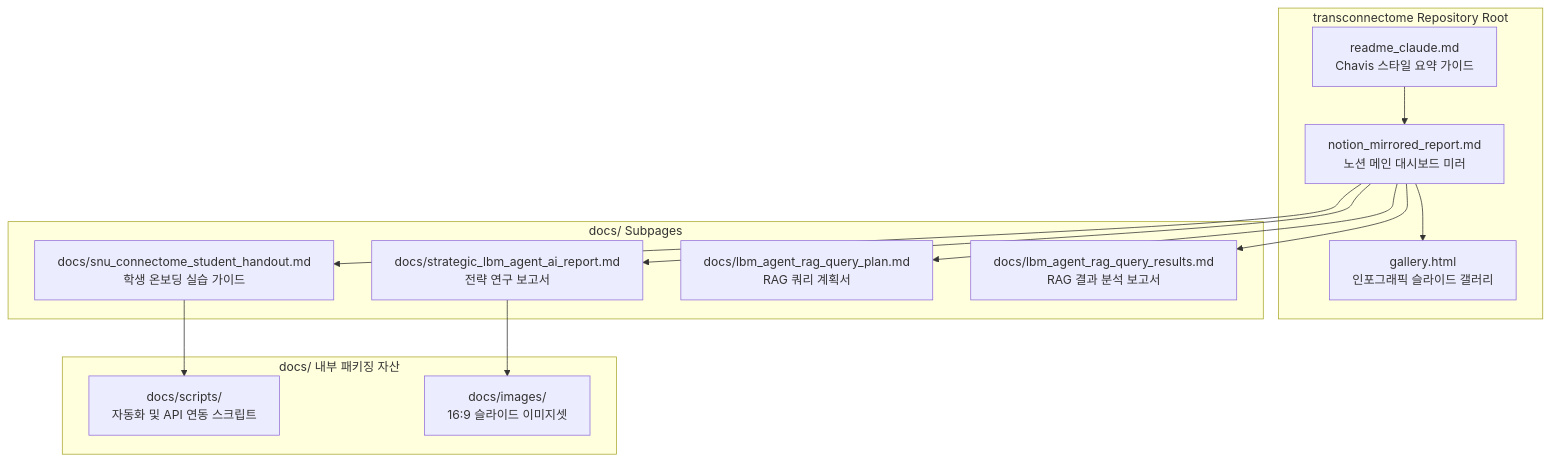
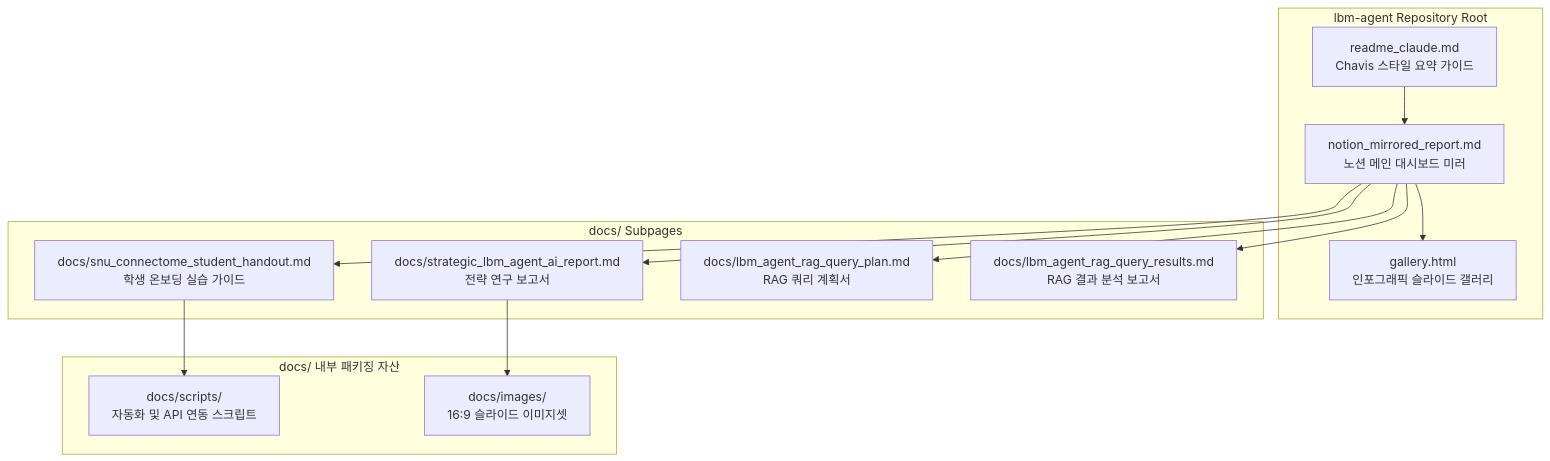
One commit to Transconnectome/lbm-agent changed the diagram in docs/walkthrough.md. Above: the diagram before and after it, drawn with Mermaid. The commit also changed other lines of this file and 5 other files, not shown here.

Commit message:
docs: Update all repository references to Transconnectome/lbm-agent

````diff
--- a/docs/walkthrough.md
+++ b/docs/walkthrough.md
@@ -11,19 +11,19 @@
 ```mermaid
 graph TD
-    subgraph Repo_Root [transconnectome Repository Root]
+    subgraph Repo_Root [lbm-agent Repository Root]
         RM[readme_claude.md<br>Chavis 스타일 요약 가이드] --> NM[notion_mirrored_report.md<br>노션 메인 대시보드 미러]
         NM --> GH[gallery.html<br>인포그래픽 슬라이드 갤러리]
     end
 
     subgraph Docs_Folder [docs/ Subpages]
         NM --> SR[docs/strategic_lbm_agent_ai_report.md<br>전략 연구 보고서]
         NM --> SH[docs/snu_connectome_student_handout.md<br>학생 온보딩 실습 가이드]
         NM --> RP[docs/lbm_agent_rag_query_plan.md<br>RAG 쿼리 계획서]
         NM --> RR[docs/lbm_agent_rag_query_results.md<br>RAG 결과 분석 보고서]
     end
 
     subgraph Packaged_Assets [docs/ 내부 패키징 자산]
         SH --> SC[docs/scripts/<br>자동화 및 API 연동 스크립트]
         SR --> IM[docs/images/<br>16:9 슬라이드 이미지셋]
     end
 ```
````
